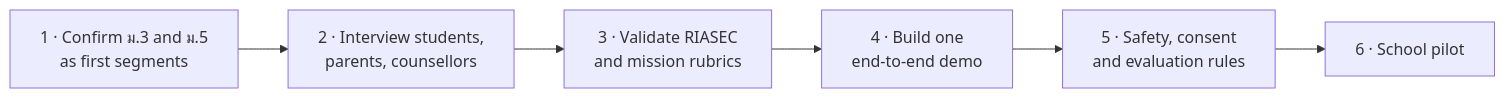
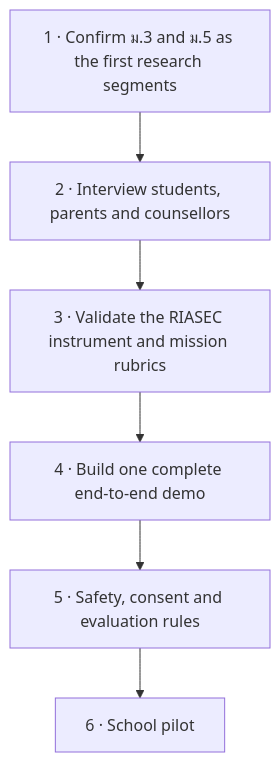
Before and after one commit to winxtxrgit/futureme-ai: the diagram in docs/06-development-plan.md, drawn with Mermaid. The commit also changed 3 other files, not shown here.

First line of the commit message:
fix: restructure wide Mermaid diagrams for readability

````diff
--- a/docs/06-development-plan.md
+++ b/docs/06-development-plan.md
@@ -84,8 +84,8 @@
 ```mermaid
-flowchart LR
-    A["1 · Confirm ม.3 and ม.5<br/>as first segments"] --> B["2 · Interview students,<br/>parents, counsellors"]
-    B --> C["3 · Validate RIASEC<br/>and mission rubrics"]
-    C --> D["4 · Build one<br/>end-to-end demo"]
-    D --> E["5 · Safety, consent<br/>and evaluation rules"]
+flowchart TB
+    A["1 · Confirm ม.3 and ม.5 as the first research segments"] --> B["2 · Interview students, parents and counsellors"]
+    B --> C["3 · Validate the RIASEC instrument and mission rubrics"]
+    C --> D["4 · Build one complete end-to-end demo"]
+    D --> E["5 · Safety, consent and evaluation rules"]
     E --> F["6 · School pilot"]
 ```
````
